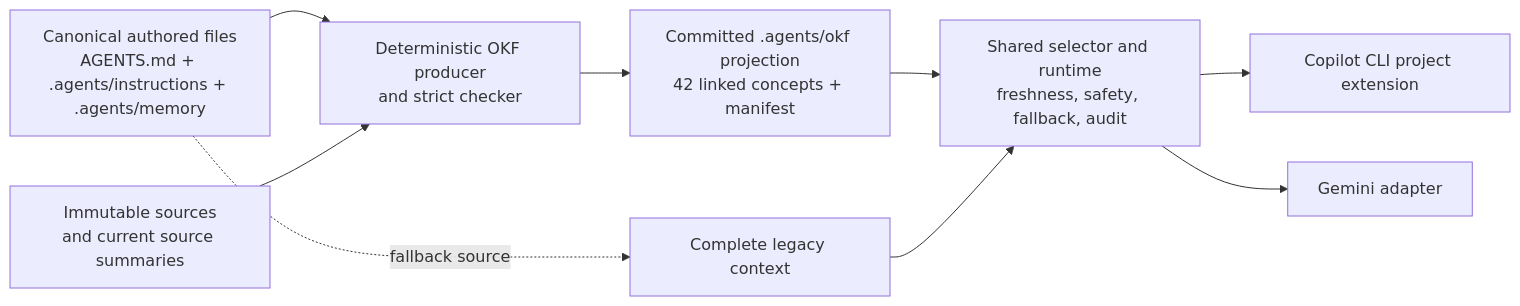
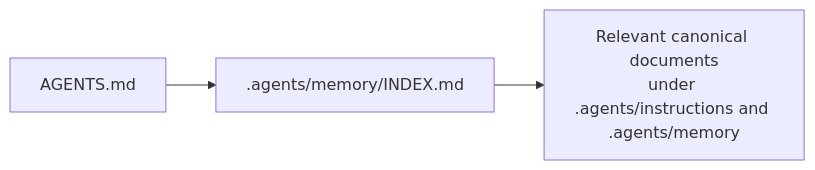
One commit to japurcell/skills changed the first of 2 diagrams in docs/okf-kb-migration/implementation-overview.md. Above: the diagram before and after it, drawn with Mermaid. The commit also changed other lines of this file and 23 other files, not shown here.

````diff
--- a/docs/okf-kb-migration/implementation-overview.md
+++ b/docs/okf-kb-migration/implementation-overview.md
@@ -15,20 +9,5 @@
 ```mermaid
 flowchart LR
-    A["Canonical authored files<br/>AGENTS.md + .agents/instructions + .agents/memory"]
-    S["Immutable sources<br/>and current source summaries"]
-    P["Deterministic OKF producer<br/>and strict checker"]
-    O["Committed .agents/okf projection<br/>42 linked concepts + manifest"]
-    R["Shared selector and runtime<br/>freshness, safety, fallback, audit"]
-    C["Copilot CLI project extension"]
-    G["Gemini adapter"]
-    L["Complete legacy context"]
-
-    A --> P
-    S --> P
-    P --> O
-    O --> R
-    A -. "fallback source" .-> L
-    L --> R
-    R --> C
-    R --> G
+    A["AGENTS.md"] --> I[".agents/memory/INDEX.md"]
+    I --> D["Relevant canonical documents<br/>under .agents/instructions and .agents/memory"]
 ```
````
